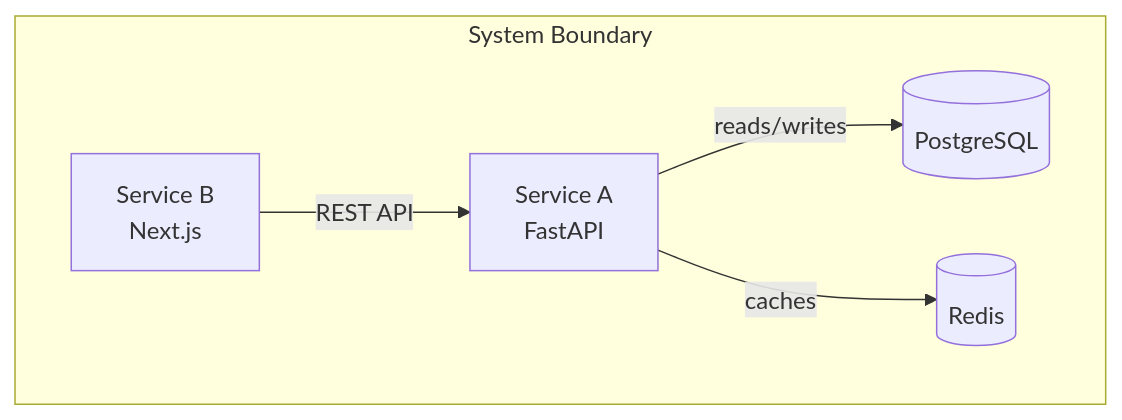
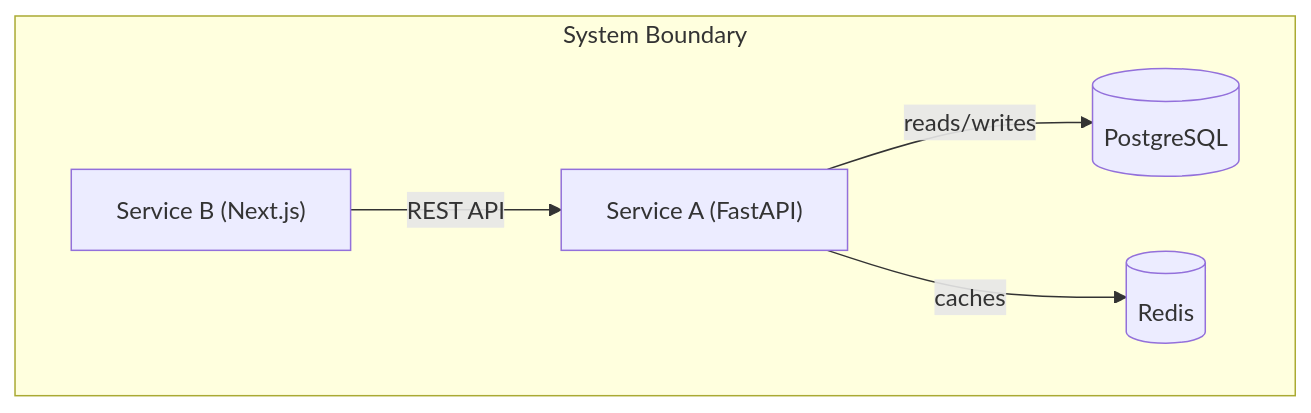
The second of 7 diagrams in plugins/sdlc/skills/architecture/shard/references/mermaid-diagram-standards.md (NexusSema/omg-marketplace), drawn with Mermaid before and after one commit. The commit also changed other lines of this file and 1 other file, not shown here.

First line of the commit message:
Fix Mermaid diagrams: remove HTML br tags and add width constraints

````diff
--- a/plugins/sdlc/skills/architecture/shard/references/mermaid-diagram-standards.md
+++ b/plugins/sdlc/skills/architecture/shard/references/mermaid-diagram-standards.md
@@ -28,14 +30,14 @@
 ```mermaid
 %% Container Diagram — {System Name} internal containers
 graph TD
     subgraph "System Boundary"
-        serviceA["Service A<br/>FastAPI"]
-        serviceB["Service B<br/>Next.js"]
+        serviceA["Service A (FastAPI)"]
+        serviceB["Service B (Next.js)"]
         database[("PostgreSQL")]
         cache[("Redis")]
     end
 
     serviceA -->|"reads/writes"| database
     serviceA -->|"caches"| cache
     serviceB -->|"REST API"| serviceA
 ```
````
